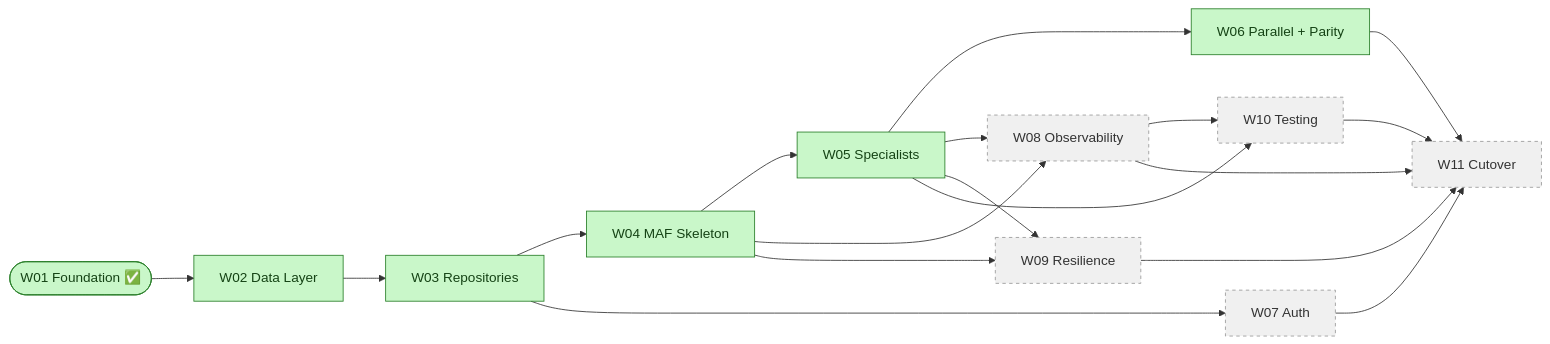
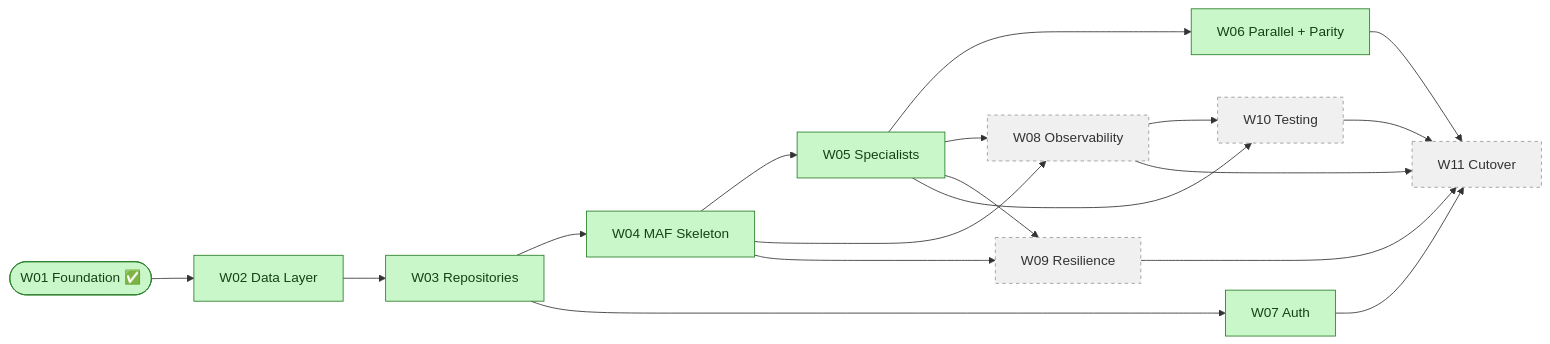
Before and after one commit to nandyap/EPG-MAF: the diagram in docs/workstreams/workstream-log.md, drawn with Mermaid. The commit also changed other lines of this file and 18 other files, not shown here.

````diff
--- a/docs/workstreams/workstream-log.md
+++ b/docs/workstreams/workstream-log.md
@@ -57,26 +57,27 @@
 ```mermaid
 flowchart LR
     W01([W01 Foundation ✅]) --> W02[W02 Data Layer]
     W02 --> W03[W03 Repositories]
     W03 --> W04[W04 MAF Skeleton]
     W04 --> W05[W05 Specialists]
     W05 --> W06[W06 Parallel + Parity]
     W03 --> W07[W07 Auth]
     W04 --> W08[W08 Observability]
     W05 --> W08
     W04 --> W09[W09 Resilience]
     W05 --> W09
     W05 --> W10[W10 Testing]
     W08 --> W10
     W06 & W07 & W08 & W09 & W10 --> W11[W11 Cutover]
 
     classDef done fill:#c9f7c9,stroke:#2a7f2a,color:#154315
     classDef pending fill:#f0f0f0,stroke:#999,stroke-dasharray:4 4
     class W01 done
     class W02 done
     class W03 done
     class W04 done
     class W05 done
     class W06 done
-    class W07,W08,W09,W10,W11 pending
+    class W07 done
+    class W08,W09,W10,W11 pending
 ```
````
